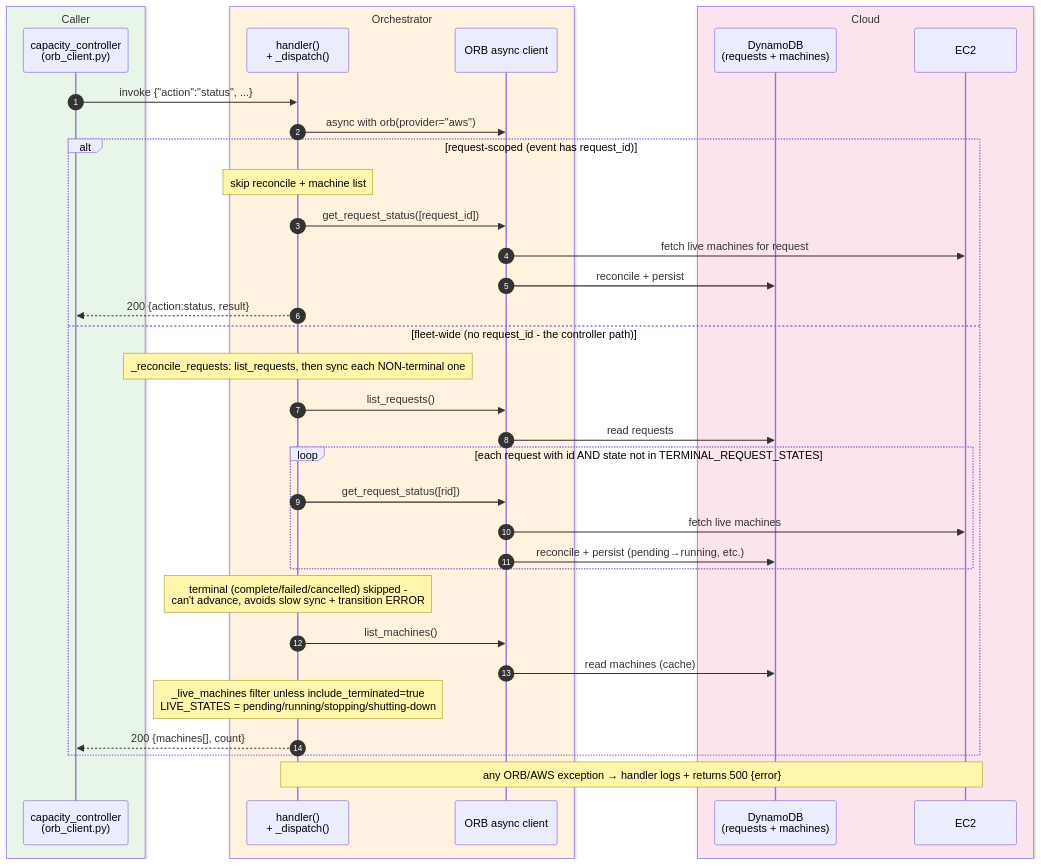
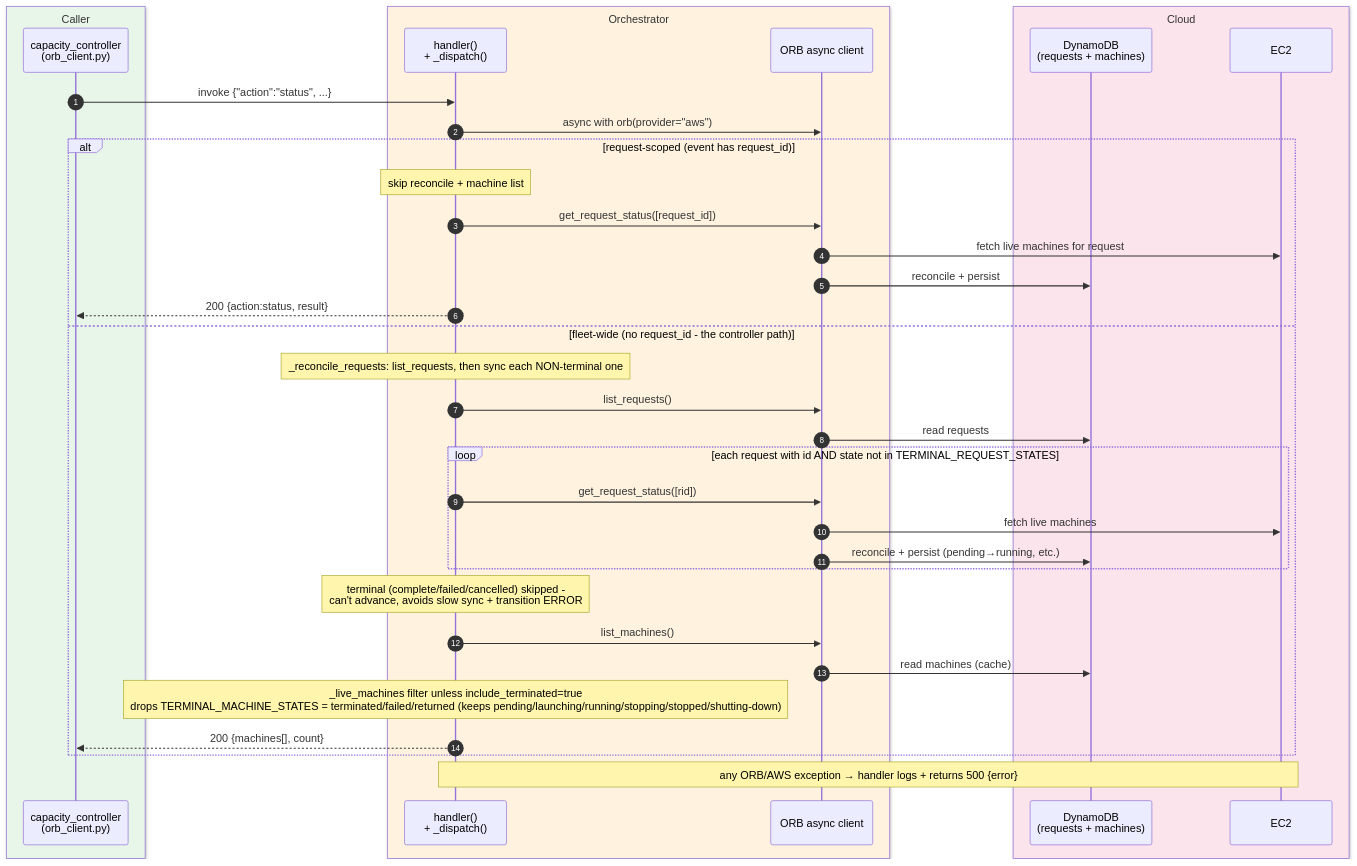
Before and after one commit to finos/htc-grid: the second of 2 diagrams in docs/diagrams/orb-orchestrator-invocations-sequence.md, drawn with Mermaid. The commit also changed 2 other files, not shown here.

Commit message:
fix(ec2): count launching/stopped machines as live capacity
The orb_orchestrator's live-machine filter used an allowlist of live states
that had drifted from orb-py's MachineStatus enum, silently dropping
`launching` (a normal pending->launching->running bring-up state) and
`stopped`. Those instances were under-counted as capacity (controller
over-provisions) and leaked past the `terminate all` kill switch.

Replace the allowlist with a denylist mirroring orb-py's MachineStatus.is_terminal
({terminated, failed, returned}); everything else is live. Add LiveMachineFilterTests
including an anti-drift guard against the orb-py enum, and shorten the module's comments.

````diff
--- a/docs/diagrams/orb-orchestrator-invocations-sequence.md
+++ b/docs/diagrams/orb-orchestrator-invocations-sequence.md
@@ -55,43 +55,43 @@
 ```mermaid
 sequenceDiagram
     autonumber
     box rgb(232,245,233) Caller
         participant CTL as capacity_controller<br/>(orb_client.py)
     end
     box rgb(255,243,224) Orchestrator
         participant H as handler()<br/>+ _dispatch()
         participant ORB as ORB async client
     end
     box rgb(252,228,236) Cloud
         participant DDB as DynamoDB<br/>(requests + machines)
         participant EC2 as EC2
     end
 
     CTL->>H: invoke {"action":"status", ...}
     H->>ORB: async with orb(provider="aws")
 
     alt request-scoped (event has request_id)
         Note over H: skip reconcile + machine list
         H->>ORB: get_request_status([request_id])
         ORB->>EC2: fetch live machines for request
         ORB->>DDB: reconcile + persist
         H-->>CTL: 200 {action:status, result}
 
     else fleet-wide (no request_id - the controller path)
         Note over H: _reconcile_requests: list_requests, then sync each NON-terminal one
         H->>ORB: list_requests()
         ORB->>DDB: read requests
         loop each request with id AND state not in TERMINAL_REQUEST_STATES
             H->>ORB: get_request_status([rid])
             ORB->>EC2: fetch live machines
             ORB->>DDB: reconcile + persist (pending→running, etc.)
         end
         Note over H: terminal (complete/failed/cancelled) skipped -<br/>can't advance, avoids slow sync + transition ERROR
         H->>ORB: list_machines()
         ORB->>DDB: read machines (cache)
-        Note over H: _live_machines filter unless include_terminated=true<br/>LIVE_STATES = pending/running/stopping/shutting-down
+        Note over H: _live_machines filter unless include_terminated=true<br/>drops TERMINAL_MACHINE_STATES = terminated/failed/returned (keeps pending/launching/running/stopping/stopped/shutting-down)
         H-->>CTL: 200 {machines[], count}
     end
 
     Note over H,EC2: any ORB/AWS exception → handler logs + returns 500 {error}
 ```
````
